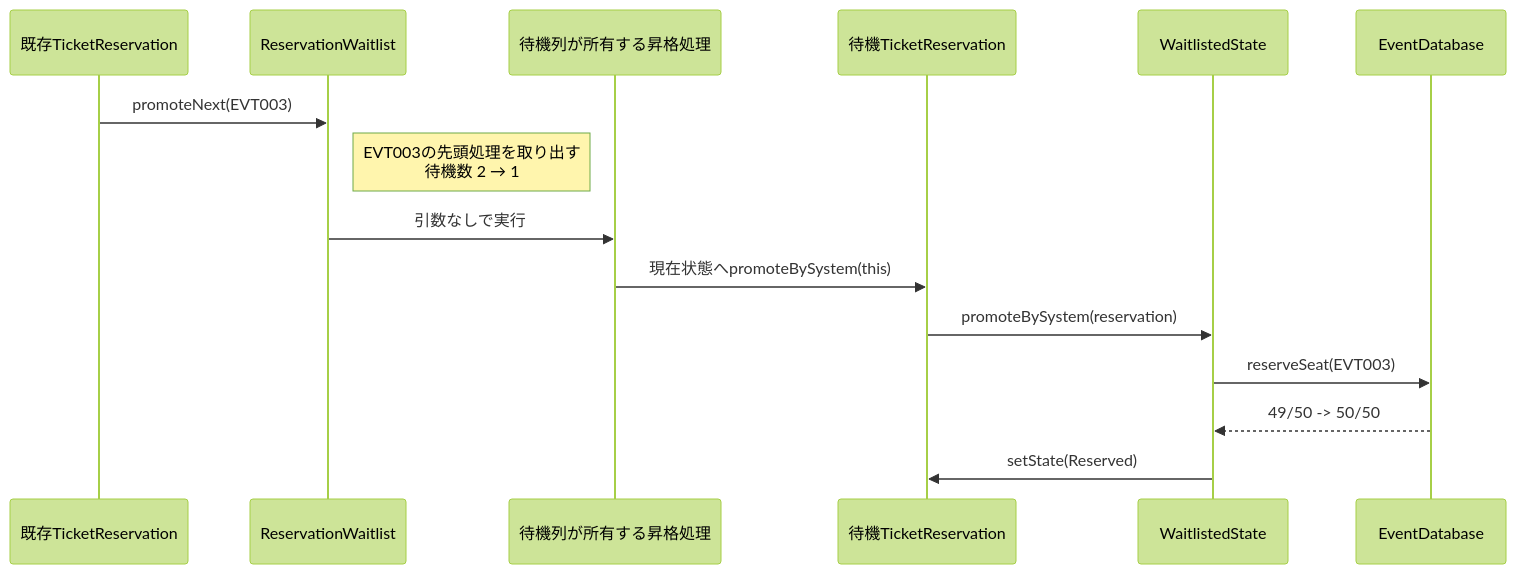
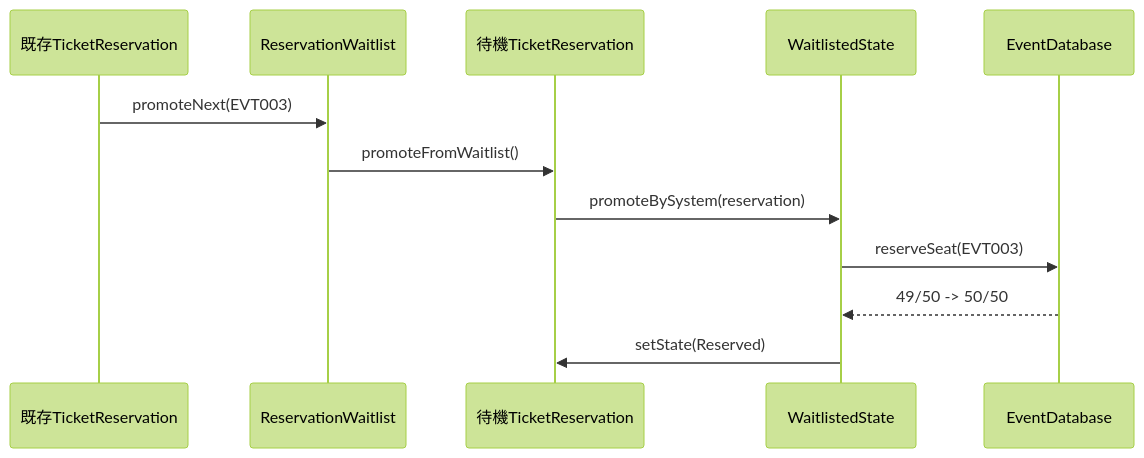
Diagram 23 of 25 in kindle/design-patterns/books/volume01-core-patterns/output/04-chapter02.md (kumachan1101-pixel/DesignPattern), drawn with Mermaid (forest theme) before and after one commit. The commit also changed other lines of this file and 6 other files, not shown here.

````diff
--- a/kindle/design-patterns/books/volume01-core-patterns/output/04-chapter02.md
+++ b/kindle/design-patterns/books/volume01-core-patterns/output/04-chapter02.md
@@ -2125,18 +2174,15 @@
 ```mermaid
 sequenceDiagram
     participant C as 既存TicketReservation
     participant WQ as ReservationWaitlist
-    participant P as 待機列が所有する昇格処理
     participant W as 待機TicketReservation
     participant WS as WaitlistedState
     participant DB as EventDatabase
 
     C->>WQ: promoteNext(EVT003)
-    Note right of WQ: EVT003の先頭処理を取り出す<br>待機数 2 → 1
-    WQ->>P: 引数なしで実行
-    P->>W: 現在状態へpromoteBySystem(this)
+    WQ->>W: promoteFromWaitlist()
     W->>WS: promoteBySystem(reservation)
     WS->>DB: reserveSeat(EVT003)
     DB-->>WS: 49/50 -> 50/50
     WS->>W: setState(Reserved)
 ```
````
